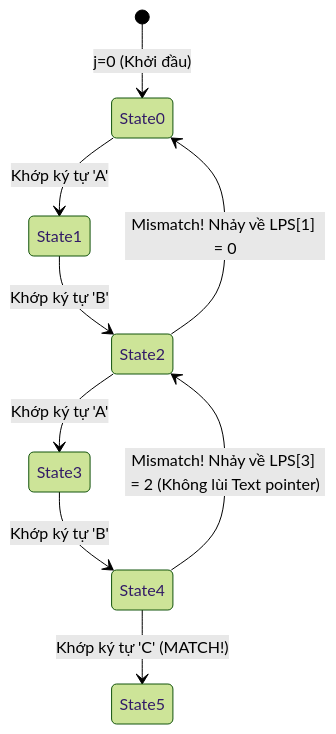
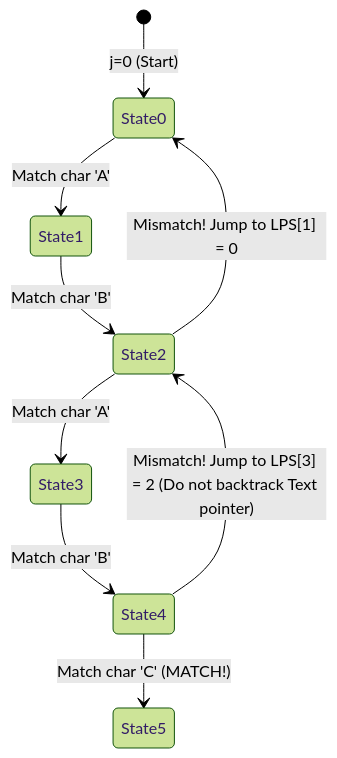
The diagram in src/data/blog/en/47-2026-06-11-string-pattern-matching-algorithms-kmp-rabin-karp-cpp.md (ga2631/ga2631.github.io), drawn with Mermaid (forest theme) before and after one commit. The commit also changed other lines of this file and 74 other files, not shown here.

````diff
--- a/src/data/blog/en/47-2026-06-11-string-pattern-matching-algorithms-kmp-rabin-karp-cpp.md
+++ b/src/data/blog/en/47-2026-06-11-string-pattern-matching-algorithms-kmp-rabin-karp-cpp.md
@@ -60,12 +60,12 @@
 ```mermaid
 stateDiagram-v2
-    [*] --> State0: j=0 (Khởi đầu)
-    State0 --> State1: Khớp ký tự 'A'
-    State1 --> State2: Khớp ký tự 'B'
-    State2 --> State3: Khớp ký tự 'A'
-    State3 --> State4: Khớp ký tự 'B'
-    State4 --> State5: Khớp ký tự 'C' (MATCH!)
+    [*] --> State0: j=0 (Start)
+    State0 --> State1: Match char 'A'
+    State1 --> State2: Match char 'B'
+    State2 --> State3: Match char 'A'
+    State3 --> State4: Match char 'B'
+    State4 --> State5: Match char 'C' (MATCH!)
 
-    State4 --> State2: Mismatch! Nhảy về LPS[3] = 2 (Không lùi Text pointer)
-    State2 --> State0: Mismatch! Nhảy về LPS[1] = 0
+    State4 --> State2: Mismatch! Jump to LPS[3] = 2 (Do not backtrack Text pointer)
+    State2 --> State0: Mismatch! Jump to LPS[1] = 0
 ```
````
